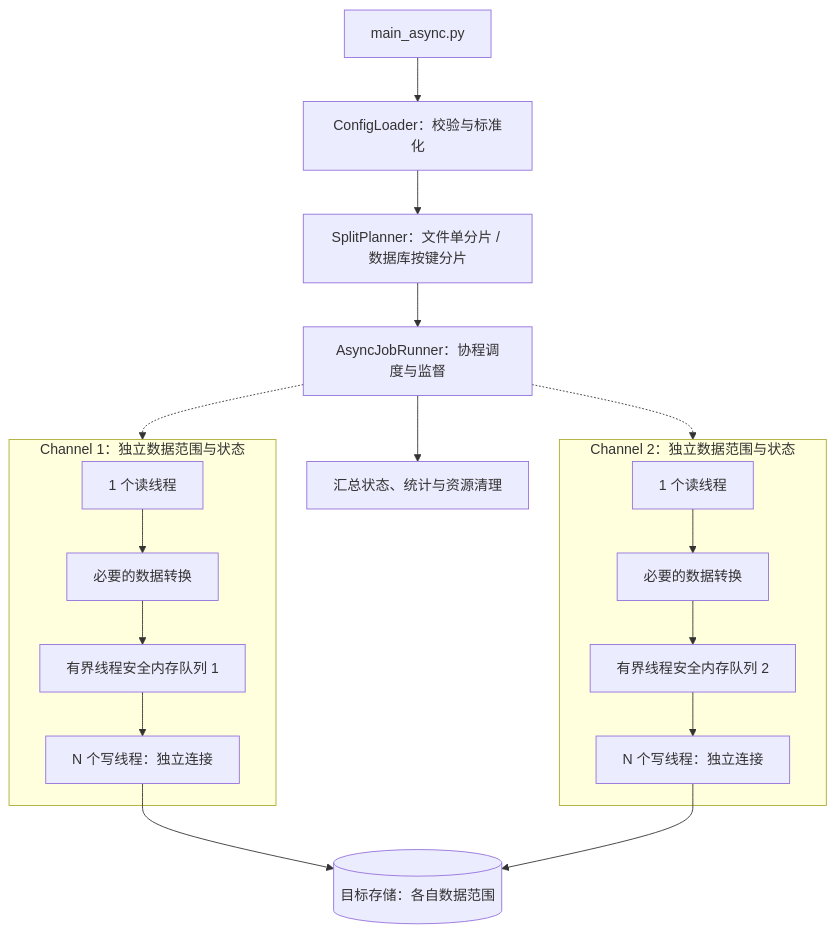
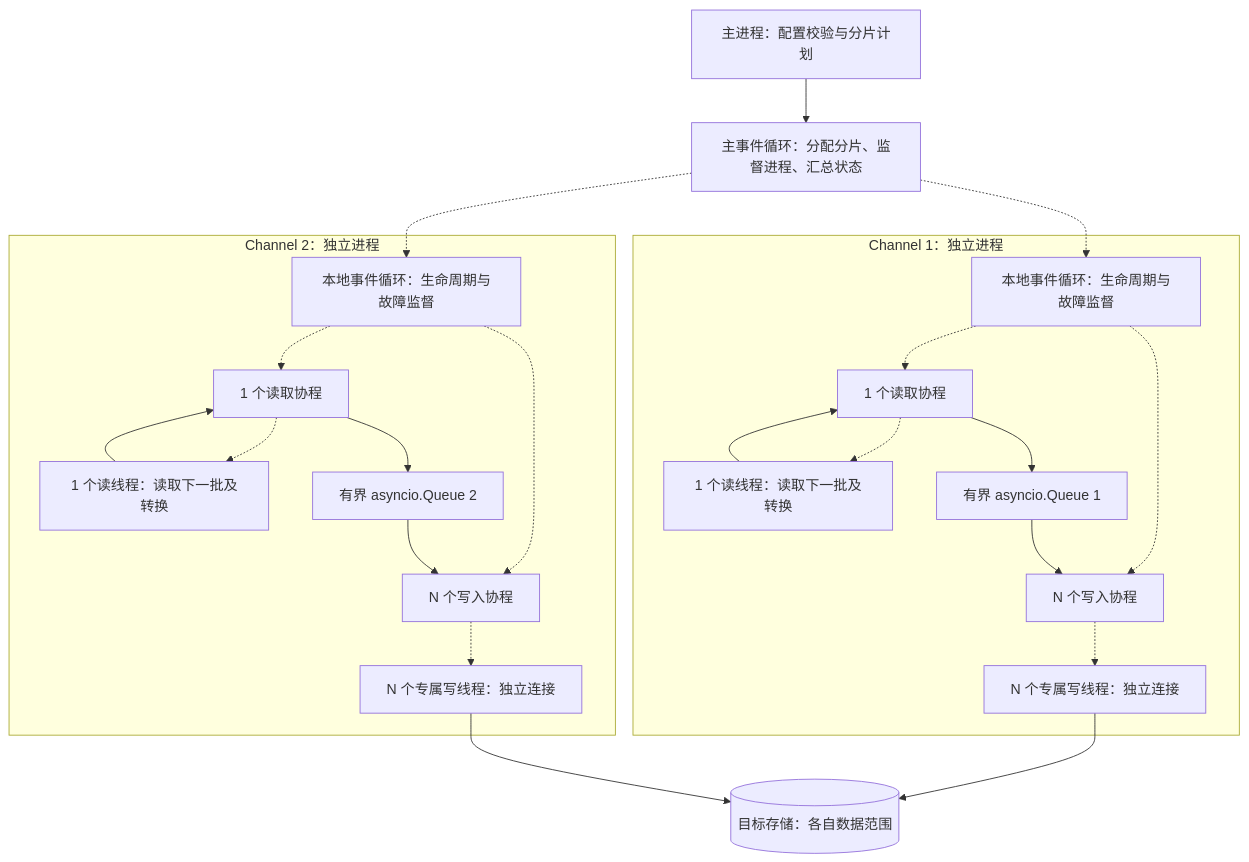
Before and after one commit to jingtinghe0014/dataxsl: the second of 2 diagrams in docs/architecture-async.md, drawn with Mermaid. The commit also changed other lines of this file and 5 other files, not shown here.

````diff
--- a/docs/architecture-async.md
+++ b/docs/architecture-async.md
@@ -89,21 +88,26 @@
 ```mermaid
 flowchart TD
-    CLI["main_async.py"] --> CONFIG["ConfigLoader：校验与标准化"]
-    CONFIG --> SPLIT["SplitPlanner：文件单分片 / 数据库按键分片"]
-    SPLIT --> RUN["AsyncJobRunner：协程调度与监督"]
-    RUN -.-> C1
-    RUN -.-> C2
-    subgraph C1["Channel 1：独立数据范围与状态"]
-        R1["1 个读线程"] --> T1["必要的数据转换"]
-        T1 --> Q1["有界线程安全内存队列 1"]
-        Q1 --> W1["N 个写线程：独立连接"]
+    CONFIG["主进程：配置校验与分片计划"] --> RUN["主事件循环：分配分片、监督进程、汇总状态"]
+    RUN -.-> LOOP1
+    RUN -.-> LOOP2
+    subgraph C1["Channel 1：独立进程"]
+        LOOP1["本地事件循环：生命周期与故障监督"] -.-> P1["1 个读取协程"]
+        LOOP1 -.-> S1["N 个写入协程"]
+        P1 -.-> R1["1 个读线程：读取下一批及转换"]
+        R1 --> P1
+        P1 --> Q1["有界 asyncio.Queue 1"]
+        Q1 --> S1
+        S1 -.-> W1["N 个专属写线程：独立连接"]
     end
-    subgraph C2["Channel 2：独立数据范围与状态"]
-        R2["1 个读线程"] --> T2["必要的数据转换"]
-        T2 --> Q2["有界线程安全内存队列 2"]
-        Q2 --> W2["N 个写线程：独立连接"]
+    subgraph C2["Channel 2：独立进程"]
+        LOOP2["本地事件循环：生命周期与故障监督"] -.-> P2["1 个读取协程"]
+        LOOP2 -.-> S2["N 个写入协程"]
+        P2 -.-> R2["1 个读线程：读取下一批及转换"]
+        R2 --> P2
+        P2 --> Q2["有界 asyncio.Queue 2"]
+        Q2 --> S2
+        S2 -.-> W2["N 个专属写线程：独立连接"]
     end
-    W1 --> DB[(目标存储：各自数据范围)]
-    W2 --> DB
-    RUN --> RESULT["汇总状态、统计与资源清理"]
+    W1 --> TARGET[(目标存储：各自数据范围)]
+    W2 --> TARGET
 ```
````
